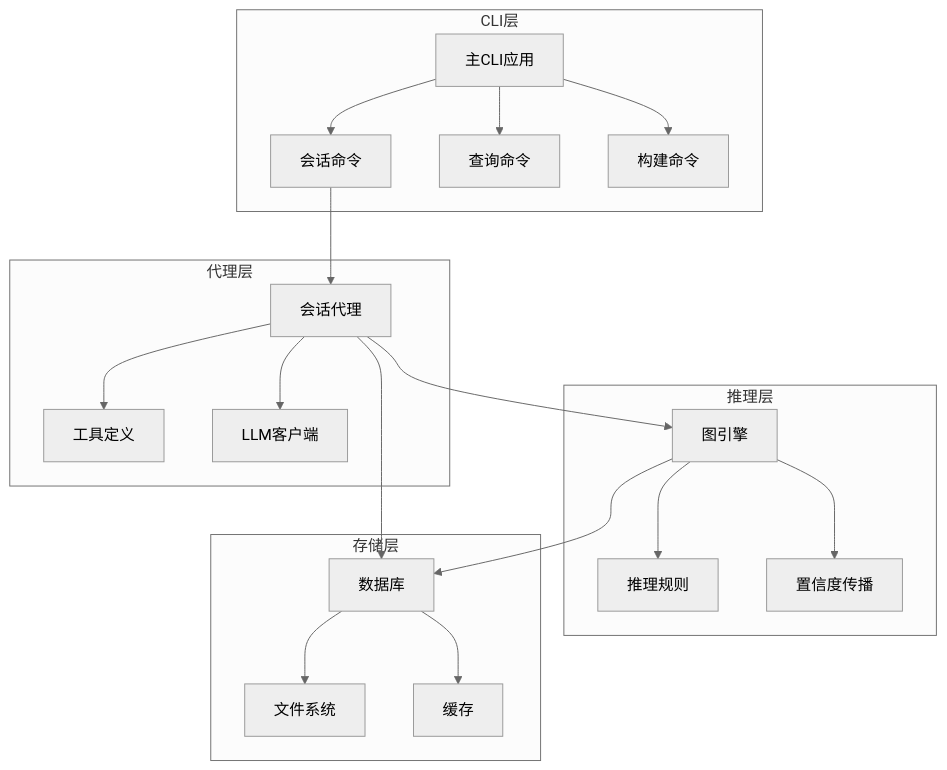
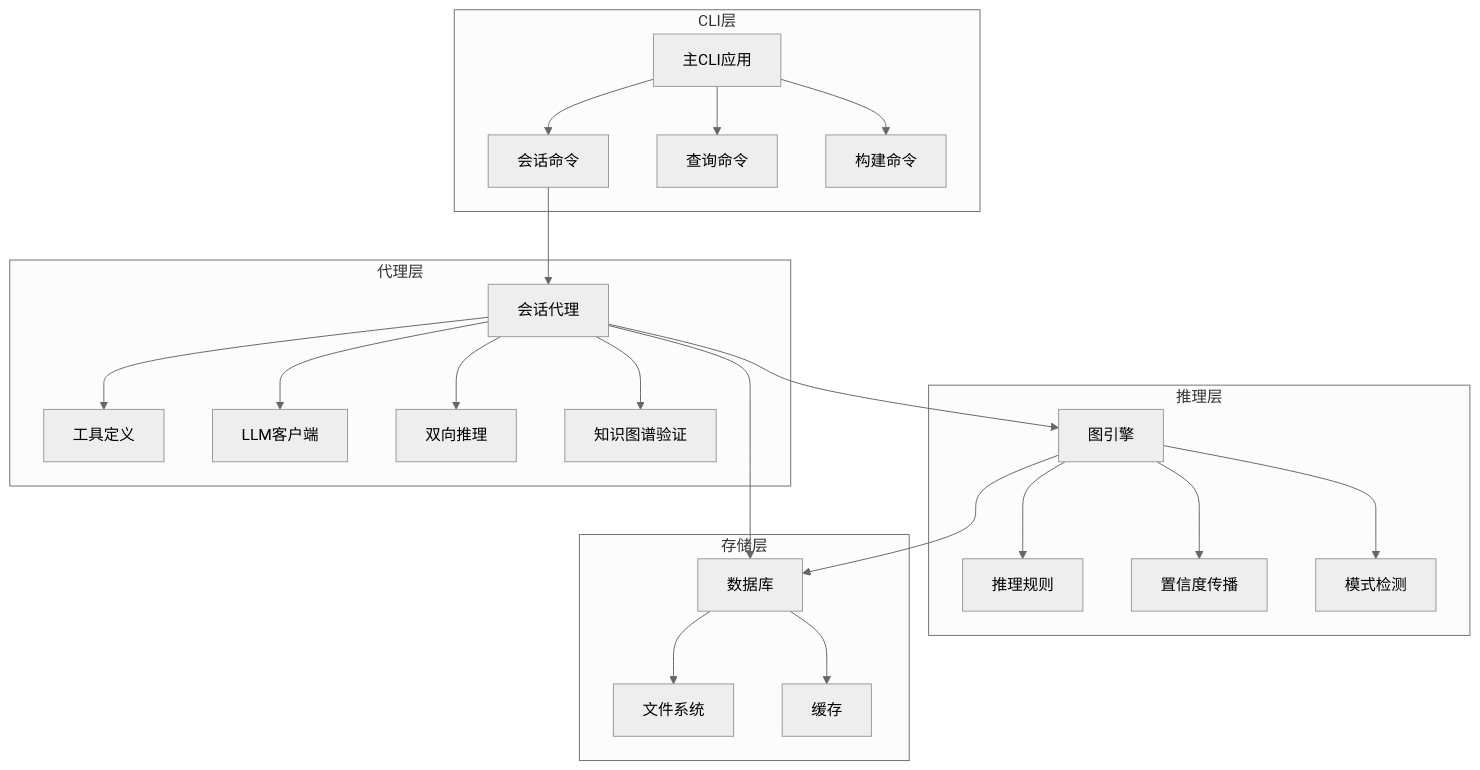
Before and after one commit to UynajGI/drbrain: the first of 9 diagrams in .qoder/repowiki/zh/content/核心模块详解/会话代理系统.md, drawn with Mermaid (neutral theme). The commit also changed other lines of this file and 7 other files, not shown here.

````diff
--- a/.qoder/repowiki/zh/content/核心模块详解/会话代理系统.md
+++ b/.qoder/repowiki/zh/content/核心模块详解/会话代理系统.md
@@ -41,37 +54,43 @@
 ```mermaid
 graph TB
 subgraph "CLI层"
 A[主CLI应用]
 B[会话命令]
 C[查询命令]
 D[构建命令]
 end
 subgraph "代理层"
 E[会话代理]
 F[工具定义]
 G[LLM客户端]
+H[双向推理]
+I[知识图谱验证]
 end
 subgraph "推理层"
-H[图引擎]
-I[推理规则]
-J[置信度传播]
+J[图引擎]
+K[推理规则]
+L[置信度传播]
+M[模式检测]
 end
 subgraph "存储层"
-K[数据库]
-L[文件系统]
-M[缓存]
+N[数据库]
+O[文件系统]
+P[缓存]
 end
 A --> B
 A --> C
 A --> D
 B --> E
 E --> F
 E --> G
 E --> H
-H --> I
-H --> J
-E --> K
-H --> K
-K --> L
-K --> M
+E --> I
+E --> J
+J --> K
+J --> L
+J --> M
+E --> N
+J --> N
+N --> O
+N --> P
 ```
````
